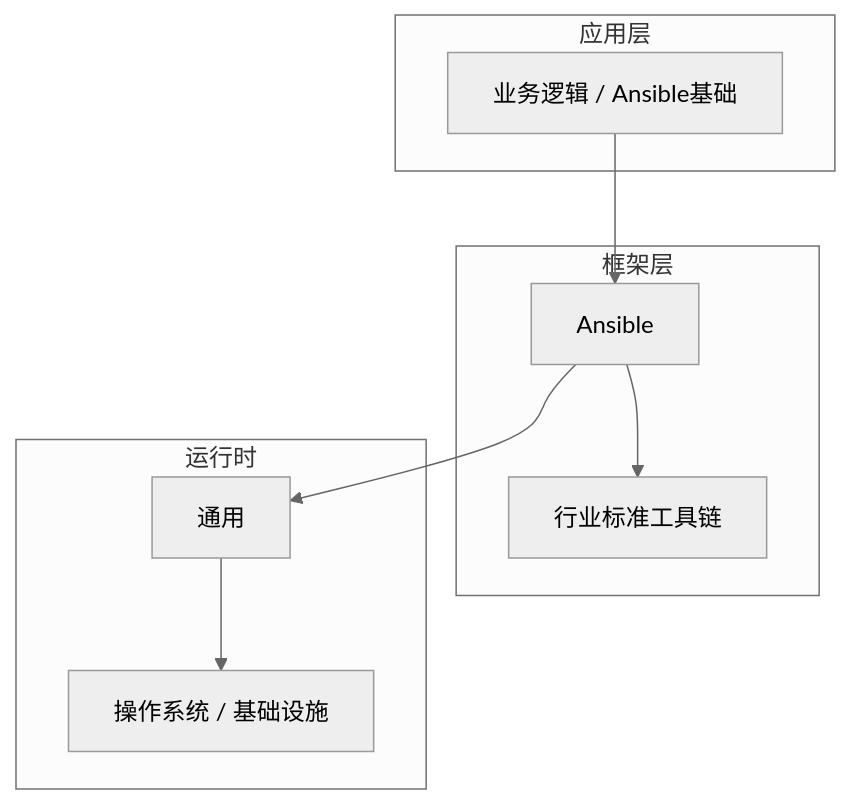
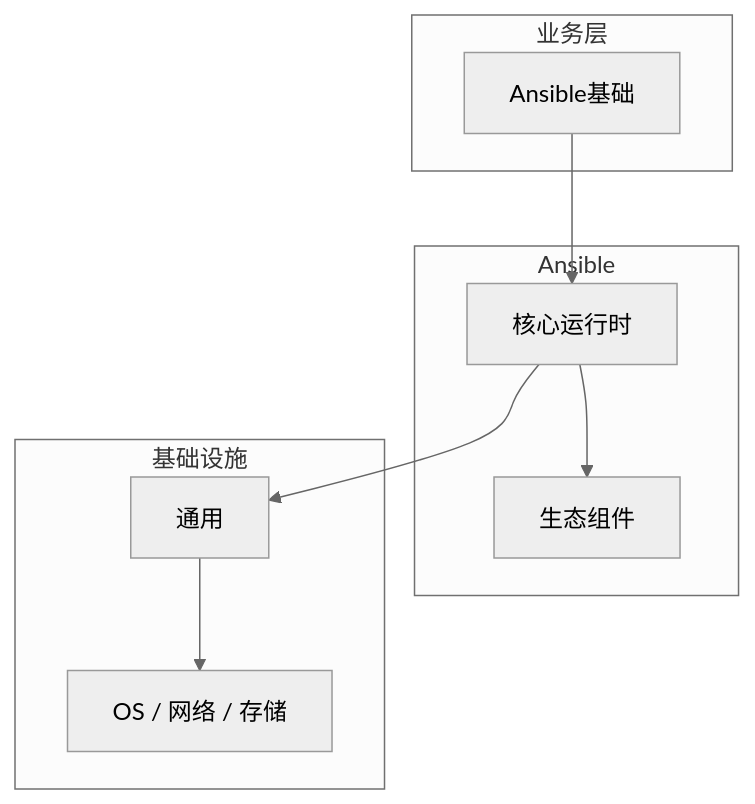
Before and after one commit to yanggan2015/knowledge-json-v2: the diagram in articles/Ansible/chapters/001-Ansible基础核心概念与原理.md, drawn with Mermaid (neutral theme). The commit also changed other lines of this file and 10127 other files, not shown here.

````diff
--- a/articles/Ansible/chapters/001-Ansible基础核心概念与原理.md
+++ b/articles/Ansible/chapters/001-Ansible基础核心概念与原理.md
@@ -45,18 +34,18 @@
 ```mermaid
 graph TB
-    subgraph 应用层
-        A[业务逻辑 / Ansible基础]
+    subgraph 业务层
+        A[Ansible基础]
     end
-    subgraph 框架层
-        B[Ansible]
-        C[行业标准工具链]
+    subgraph Ansible
+        B[核心运行时]
+        C[生态组件]
     end
-    subgraph 运行时
+    subgraph 基础设施
         D[通用]
-        E[操作系统 / 基础设施]
+        E[OS / 网络 / 存储]
     end
     A --> B
     B --> C
     B --> D
     D --> E
 ```
````
